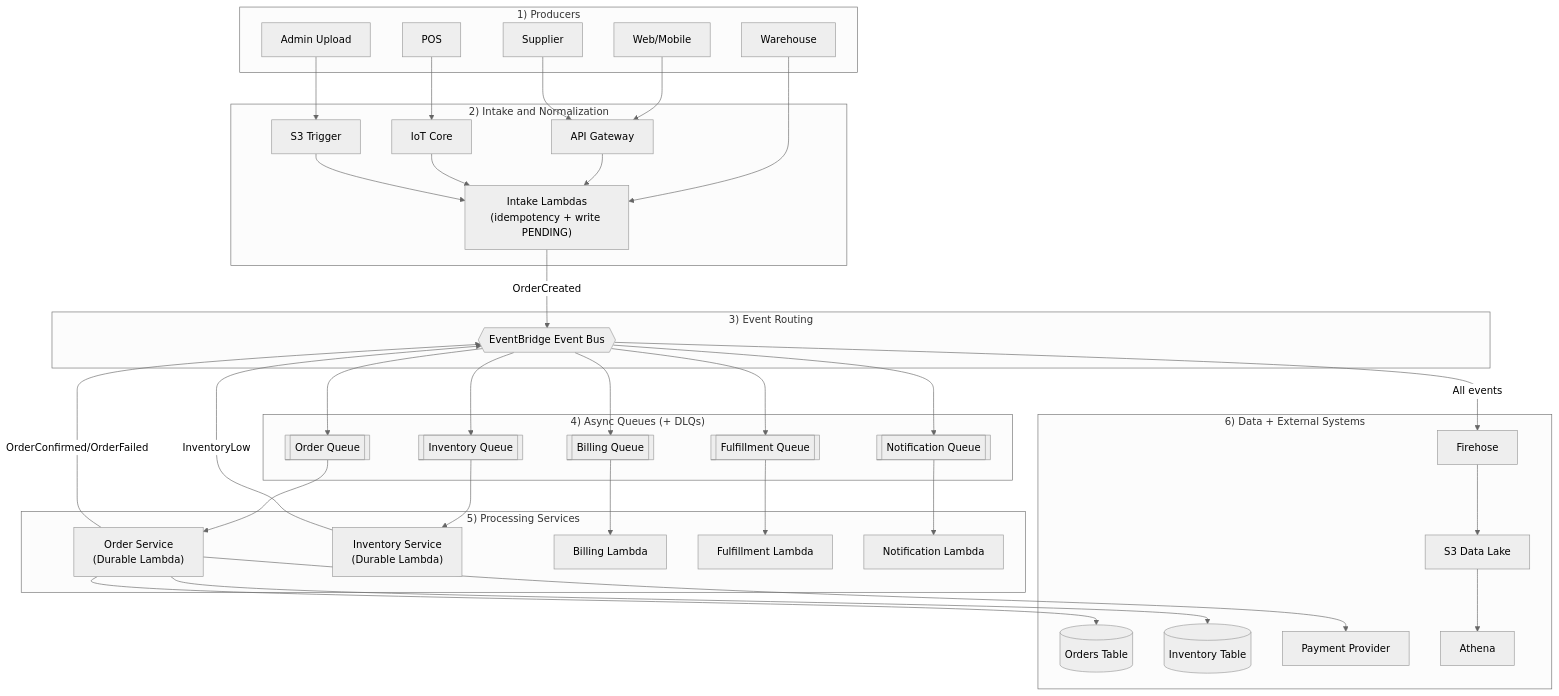
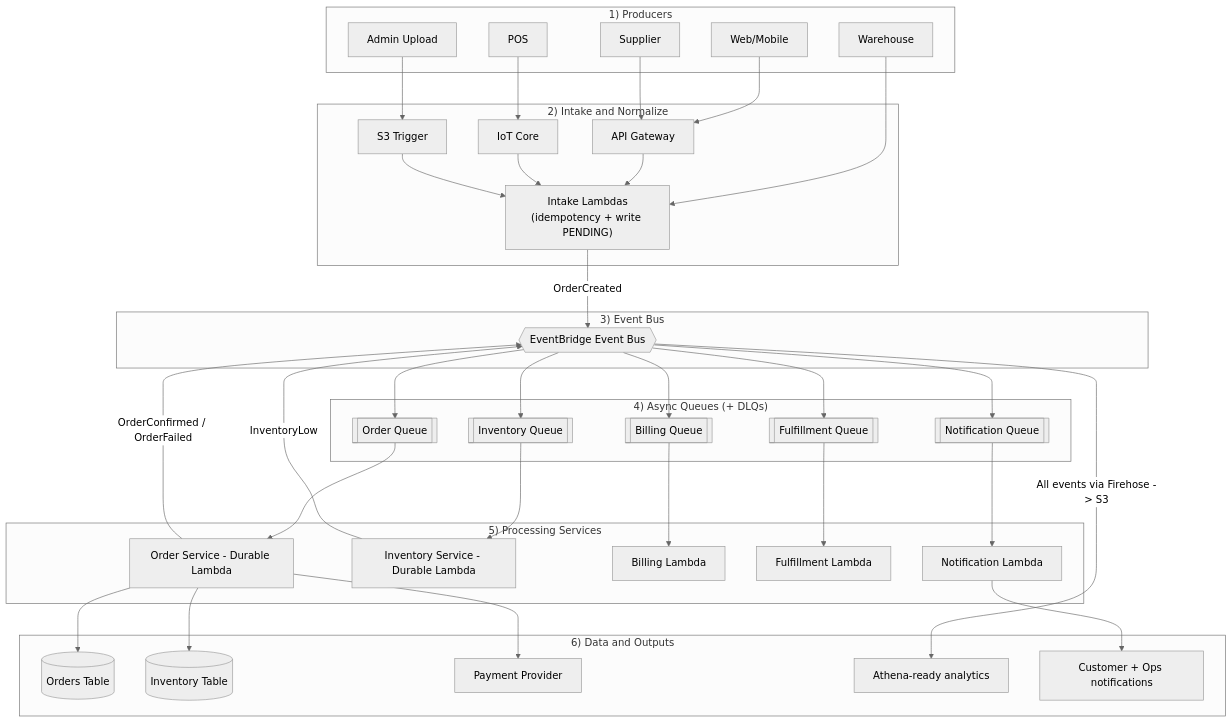
Before and after one commit to HuskyParty/TrunkfulCDK: the first of 3 diagrams in README.md, drawn with Mermaid (neutral theme). The commit also changed other lines of this file, not shown here.

Commit message:
Refine data flow diagram to detailed top-down numbered layout

````diff
--- a/README.md
+++ b/README.md
@@ -82,75 +82,75 @@
 ```mermaid
 flowchart TD
-    subgraph Producers["1) Producers"]
+    subgraph L1["1) Producers"]
         W["Web/Mobile"]
         P["POS"]
         S["Supplier"]
         A["Admin Upload"]
         WH["Warehouse"]
     end
 
-    subgraph Intake["2) Intake and Normalization"]
+    subgraph L2["2) Intake and Normalize"]
         APIG["API Gateway"]
         IOT["IoT Core"]
         S3["S3 Trigger"]
         IL["Intake Lambdas<br/>(idempotency + write PENDING)"]
     end
 
-    subgraph Bus["3) Event Routing"]
+    subgraph L3["3) Event Bus"]
         EB{{"EventBridge Event Bus"}}
     end
 
-    subgraph Queues["4) Async Queues (+ DLQs)"]
+    subgraph L4["4) Async Queues (+ DLQs)"]
         OQ[["Order Queue"]]
         IQ[["Inventory Queue"]]
         BQ[["Billing Queue"]]
         FQ[["Fulfillment Queue"]]
         NQ[["Notification Queue"]]
     end
 
-    subgraph Services["5) Processing Services"]
-        OS["Order Service<br/>(Durable Lambda)"]
-        IS["Inventory Service<br/>(Durable Lambda)"]
+    subgraph L5["5) Processing Services"]
+        OS["Order Service - Durable Lambda"]
+        IS["Inventory Service - Durable Lambda"]
         BL["Billing Lambda"]
         FL["Fulfillment Lambda"]
         NL["Notification Lambda"]
     end
 
-    subgraph Data["6) Data + External Systems"]
+    subgraph L6["6) Data and Outputs"]
         ORD[("Orders Table")]
         INV[("Inventory Table")]
         PAY["Payment Provider"]
-        FH["Firehose"]
-        S3L["S3 Data Lake"]
-        ATH["Athena"]
+        ATH["Athena-ready analytics"]
+        OUT["Customer + Ops notifications"]
     end
 
     W --> APIG
     S --> APIG
     P --> IOT
     A --> S3
     WH --> IL
     APIG --> IL
     IOT --> IL
     S3 --> IL
 
     IL -->|"OrderCreated"| EB
     EB --> OQ
     EB --> IQ
     EB --> BQ
     EB --> FQ
     EB --> NQ
-    EB -->|"All events"| FH --> S3L --> ATH
 
     OQ --> OS
     IQ --> IS
     BQ --> BL
     FQ --> FL
     NQ --> NL
 
     OS --> ORD
     OS --> INV
     OS --> PAY
-    OS -->|"OrderConfirmed/OrderFailed"| EB
+    OS -->|"OrderConfirmed / OrderFailed"| EB
     IS -->|"InventoryLow"| EB
+    NL --> OUT
+    EB -->|"All events via Firehose -> S3"| ATH
 ```
````
